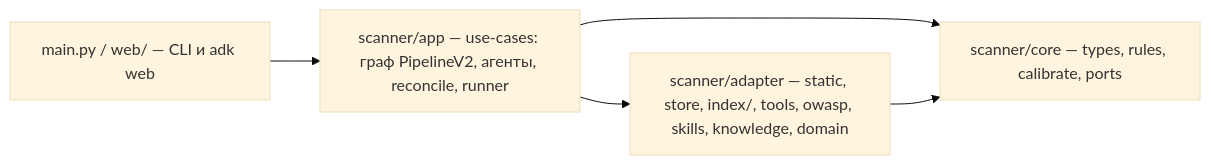
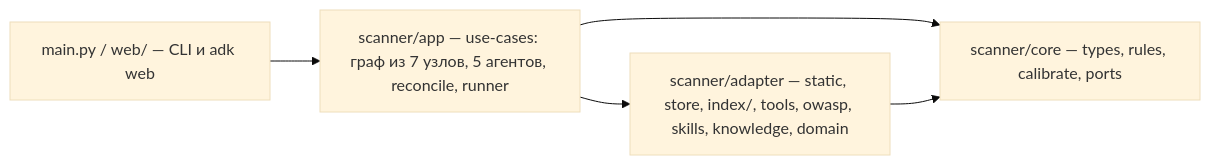
The diagram in docs/architecture.md (Nap20192/repo-agent), drawn with Mermaid (base theme) before and after one commit. The commit also changed other lines of this file and 1 other file, not shown here.

Commit message:
docs(card 51): README and architecture.md describe the small graph — classes as overlays, consultants as sub-agents, no specialists/ladder

````diff
--- a/docs/architecture.md
+++ b/docs/architecture.md
@@ -8,8 +8,8 @@
 ```mermaid
 flowchart LR
     main[main.py / web/ — CLI и adk web] --> app
-    app[scanner/app — use-cases: граф PipelineV2, агенты, reconcile, runner] --> core
+    app[scanner/app — use-cases: граф из 7 узлов, 5 агентов, reconcile, runner] --> core
     app --> adapter
     adapter[scanner/adapter — static, store, index/, tools, owasp, skills, knowledge, domain] --> core
     core[scanner/core — types, rules, calibrate, ports]
 ```
````
